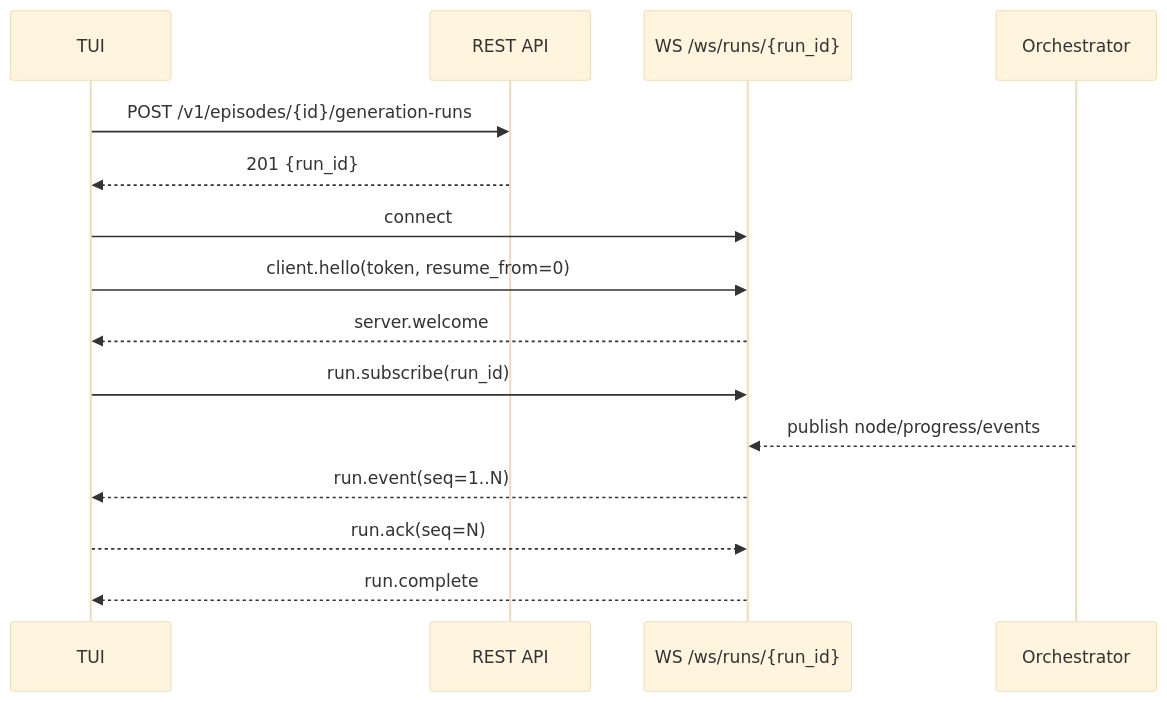
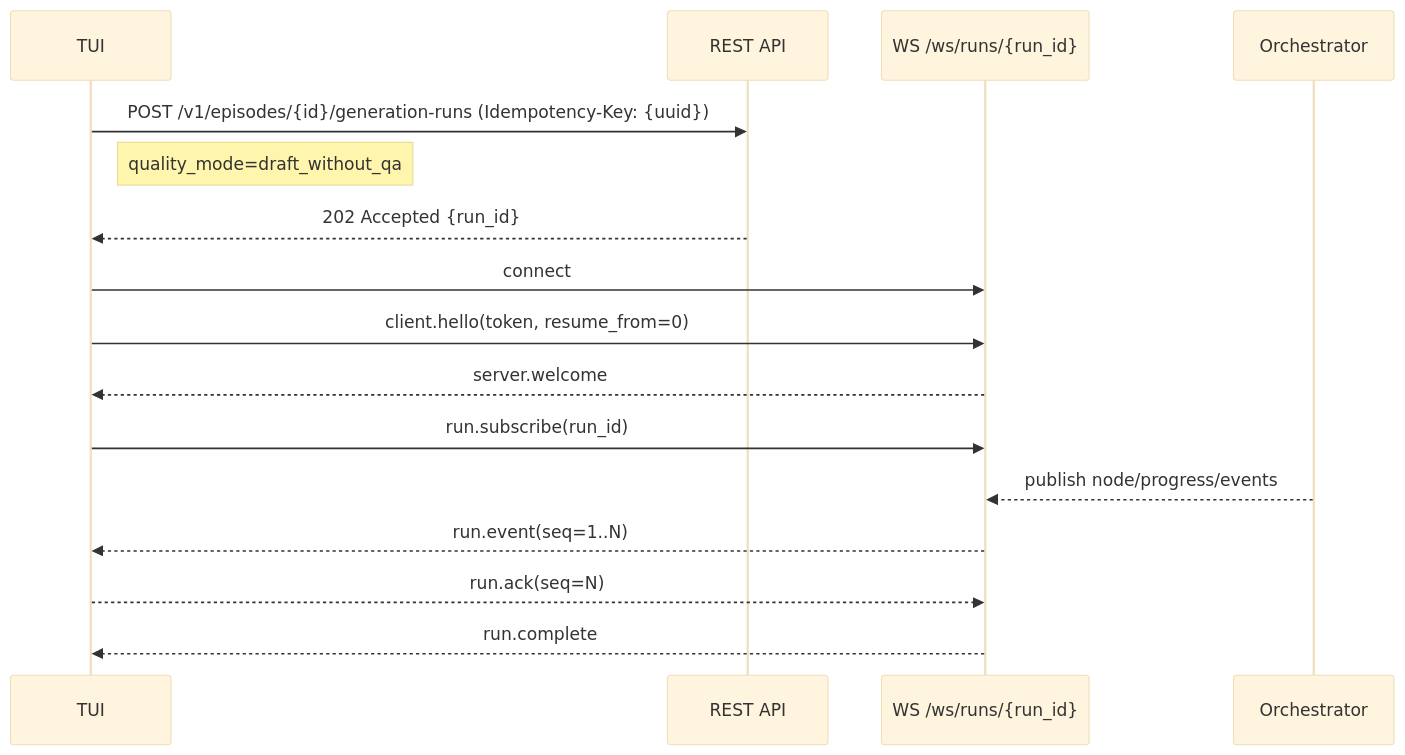
Before and after one commit to leynos/episodic: the first of 8 diagrams in docs/episodic-tui-api-design.md, drawn with Mermaid (base theme). The commit also changed other lines of this file and 5 other files, not shown here.

````diff
--- a/docs/episodic-tui-api-design.md
+++ b/docs/episodic-tui-api-design.md
@@ -624,18 +675,19 @@
 ```mermaid
 sequenceDiagram
     participant TUI
     participant REST as REST API
     participant WS as WS /ws/runs/{run_id}
     participant Orchestrator
 
-    TUI->>REST: POST /v1/episodes/{id}/generation-runs
-    REST-->>TUI: 201 {run_id}
+    TUI->>REST: POST /v1/episodes/{id}/generation-runs (Idempotency-Key: {uuid})
+    Note right of TUI: quality_mode=draft_without_qa
+    REST-->>TUI: 202 Accepted {run_id}
     TUI->>WS: connect
     TUI->>WS: client.hello(token, resume_from=0)
     WS-->>TUI: server.welcome
     TUI->>WS: run.subscribe(run_id)
     Orchestrator-->>WS: publish node/progress/events
     WS-->>TUI: run.event(seq=1..N)
     TUI-->>WS: run.ack(seq=N)
     WS-->>TUI: run.complete
 ```
````
